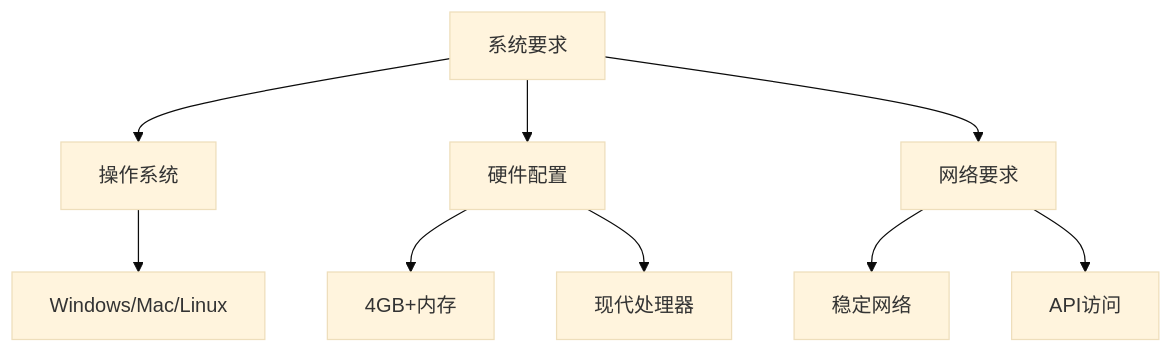
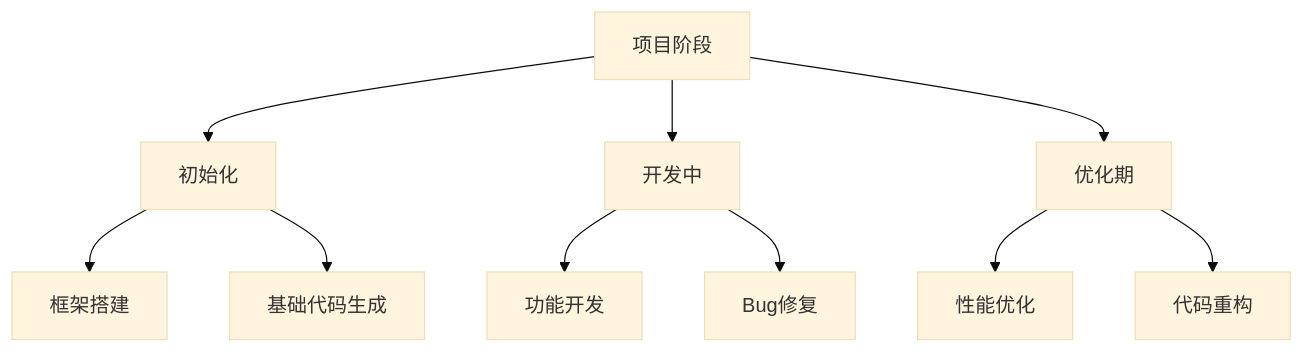
Before and after one commit to wutongci/cursor-courses: the fourth of 5 diagrams in base/第二章-AI编辑器简介.md, drawn with Mermaid (base theme). The commit also changed other lines of this file and 9 other files, not shown here.

````diff
--- a/base/第二章-AI编辑器简介.md
+++ b/base/第二章-AI编辑器简介.md
@@ -133,13 +187,15 @@
 ```mermaid
 graph TD
-    A[系统要求] --> B[操作系统]
-    B --> C[Windows/Mac/Linux]
+    A[项目阶段] --> B[初始化]
+    A --> C[开发中]
+    A --> D[优化期]
     
-    A --> D[硬件配置]
-    D --> E[4GB+内存]
-    D --> F[现代处理器]
+    B --> B1[框架搭建]
+    B --> B2[基础代码生成]
     
-    A --> G[网络要求]
-    G --> H[稳定网络]
-    G --> I[API访问]
+    C --> C1[功能开发]
+    C --> C2[Bug修复]
+    
+    D --> D1[性能优化]
+    D --> D2[代码重构]
 ```
````
